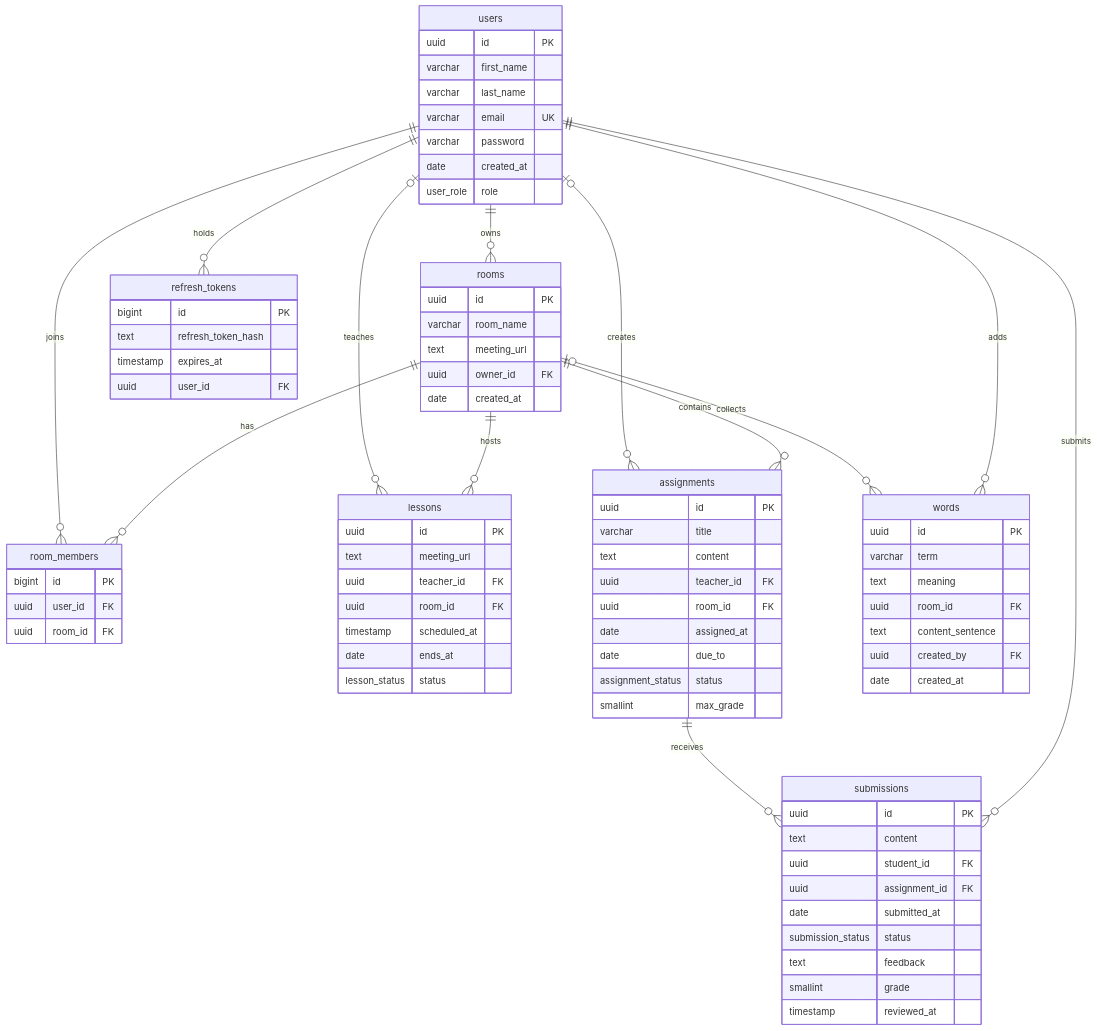
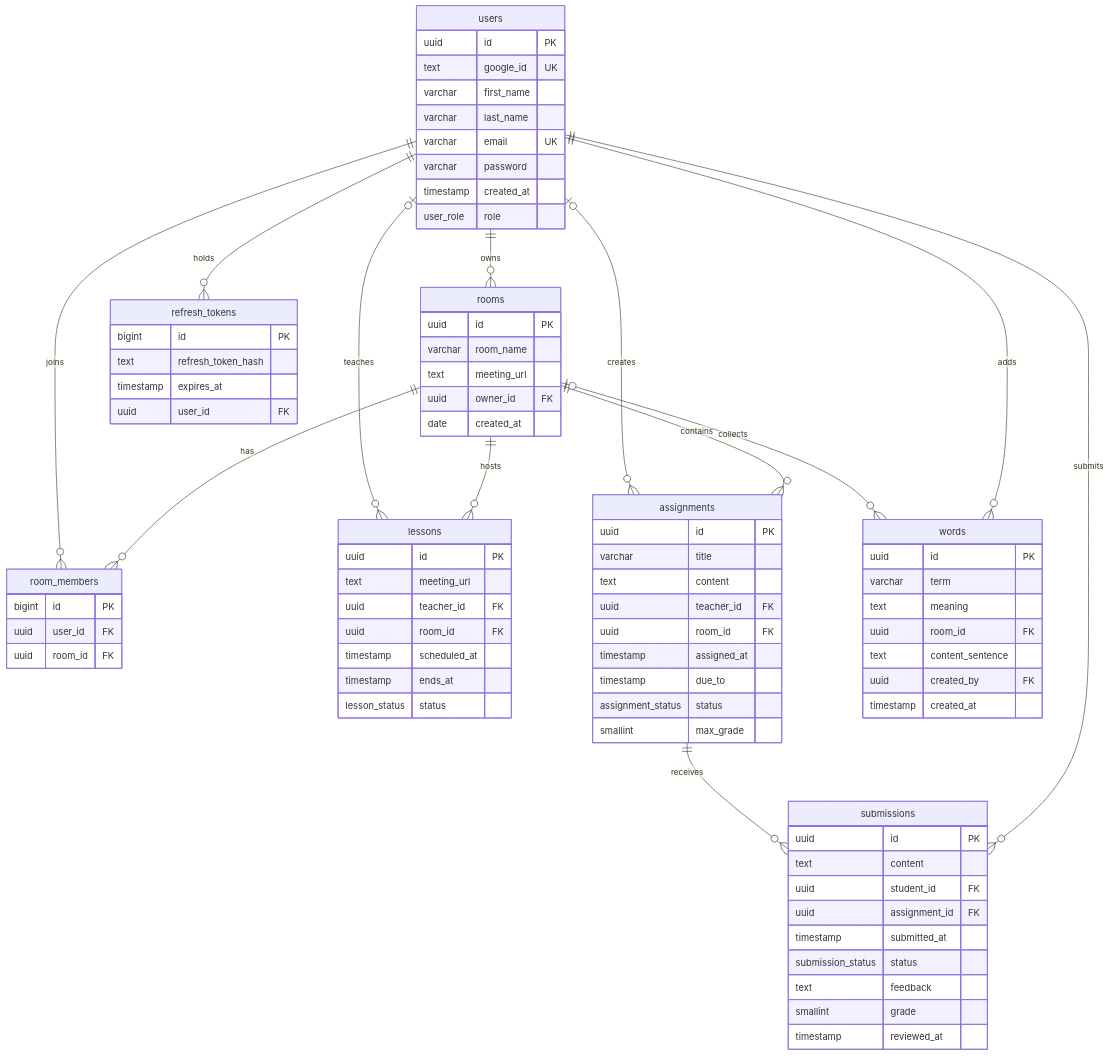
The diagram in apps/api/docs/database.md (feddevv/linguistix), drawn with Mermaid before and after one commit. The commit also changed other lines of this file, not shown here.

```diff
--- a/apps/api/docs/database.md
+++ b/apps/api/docs/database.md
@@ -38,11 +38,12 @@
 
     users {
         uuid      id PK
+        text      google_id UK
         varchar   first_name
         varchar   last_name
         varchar   email UK
         varchar   password
-        date      created_at
+        timestamp created_at
         user_role role
     }
 
@@ -66,7 +67,7 @@
         uuid          teacher_id FK
         uuid          room_id FK
         timestamp     scheduled_at
-        date          ends_at
+        timestamp     ends_at
         lesson_status status
     }
 
@@ -76,8 +77,8 @@
         text              content
         uuid              teacher_id FK
         uuid              room_id FK
-        date              assigned_at
-        date              due_to
+        timestamp         assigned_at
+        timestamp         due_to
         assignment_status status
         smallint          max_grade
     }
@@ -87,7 +88,7 @@
         text              content
         uuid              student_id FK
         uuid              assignment_id FK
-        date              submitted_at
+        timestamp         submitted_at
         submission_status status
         text              feedback
         smallint          grade
@@ -95,13 +96,13 @@
     }
 
     words {
-        uuid    id PK
-        varchar term
-        text    meaning
-        uuid    room_id FK
-        text    content_sentence
-        uuid    created_by FK
-        date    created_at
+        uuid      id PK
+        varchar   term
+        text      meaning
+        uuid      room_id FK
+        text      content_sentence
+        uuid      created_by FK
+        timestamp created_at
     }
 
     refresh_tokens {
```
